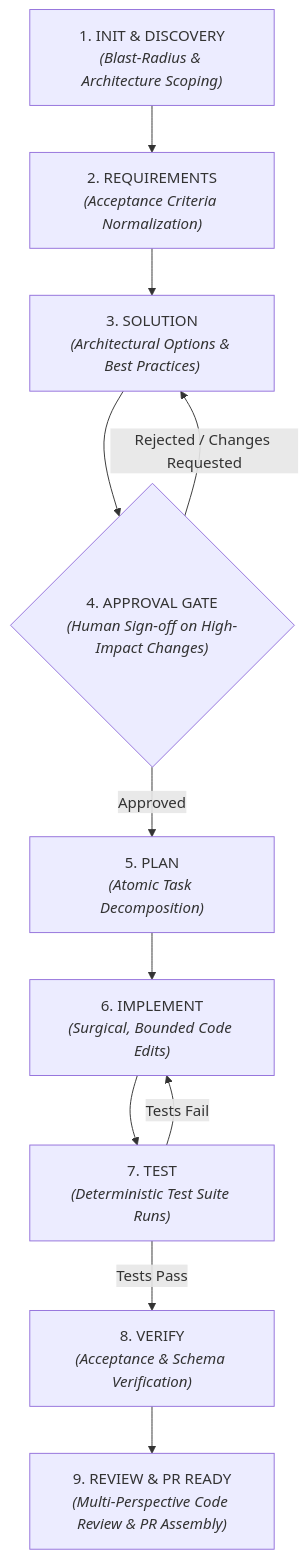
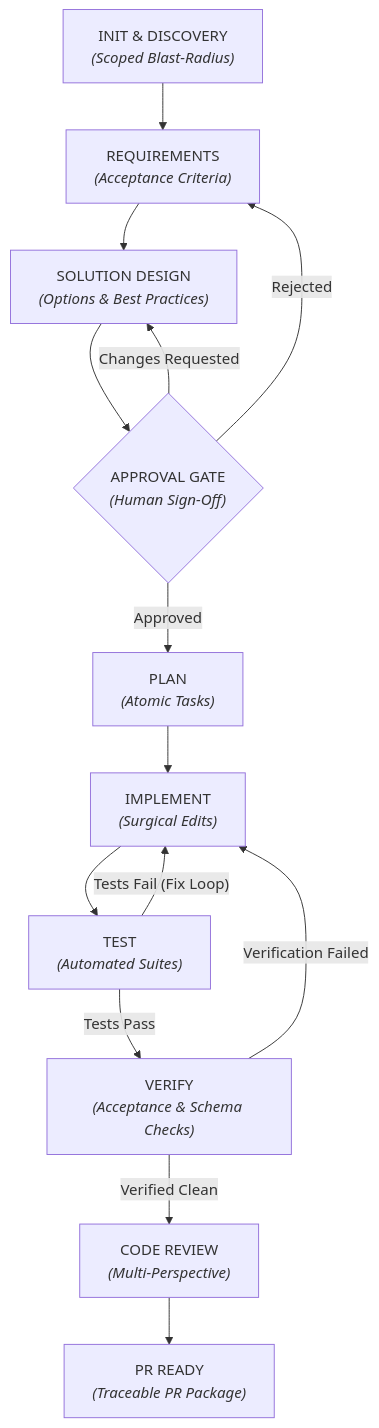
The fourth of 11 diagrams in docs/getting-started.md (paarthivnaik/DevWeave), drawn with Mermaid before and after one commit. The commit also changed other lines of this file, not shown here.

Commit message:
docs: enrich getting-started.md with 9 comprehensive Mermaid flow diagrams

````diff
--- a/docs/getting-started.md
+++ b/docs/getting-started.md
@@ -68,13 +96,21 @@
 ```mermaid
 flowchart TD
-    P1["1. INIT & DISCOVERY<br><i>(Blast-Radius & Architecture Scoping)</i>"] --> P2["2. REQUIREMENTS<br><i>(Acceptance Criteria Normalization)</i>"]
-    P2 --> P3["3. SOLUTION<br><i>(Architectural Options & Best Practices)</i>"]
-    P3 --> P4{"4. APPROVAL GATE<br><i>(Human Sign-off on High-Impact Changes)</i>"}
-    P4 -- Approved --> P5["5. PLAN<br><i>(Atomic Task Decomposition)</i>"]
-    P4 -- Rejected / Changes Requested --> P3
-    P5 --> P6["6. IMPLEMENT<br><i>(Surgical, Bounded Code Edits)</i>"]
-    P6 --> P7["7. TEST<br><i>(Deterministic Test Suite Runs)</i>"]
-    P7 -- Tests Pass --> P8["8. VERIFY<br><i>(Acceptance & Schema Verification)</i>"]
-    P7 -- Tests Fail --> P6
-    P8 --> P9["9. REVIEW & PR READY<br><i>(Multi-Perspective Code Review & PR Assembly)</i>"]
+    INIT["INIT & DISCOVERY<br><i>(Scoped Blast-Radius)</i>"] --> REQ["REQUIREMENTS<br><i>(Acceptance Criteria)</i>"]
+    REQ --> SOL["SOLUTION DESIGN<br><i>(Options & Best Practices)</i>"]
+    
+    SOL --> GATE{"APPROVAL GATE<br><i>(Human Sign-Off)</i>"}
+    GATE -- "Approved" --> PLAN["PLAN<br><i>(Atomic Tasks)</i>"]
+    GATE -- "Changes Requested" --> SOL
+    GATE -- "Rejected" --> REQ
+    
+    PLAN --> IMP["IMPLEMENT<br><i>(Surgical Edits)</i>"]
+    IMP --> TEST["TEST<br><i>(Automated Suites)</i>"]
+    
+    TEST -- "Tests Pass" --> VER["VERIFY<br><i>(Acceptance & Schema Checks)</i>"]
+    TEST -- "Tests Fail (Fix Loop)" --> IMP
+    
+    VER -- "Verified Clean" --> REV["CODE REVIEW<br><i>(Multi-Perspective)</i>"]
+    VER -- "Verification Failed" --> IMP
+    
+    REV --> PR["PR READY<br><i>(Traceable PR Package)</i>"]
 ```
````
